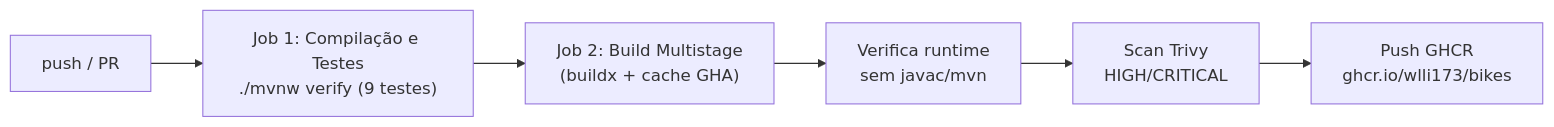
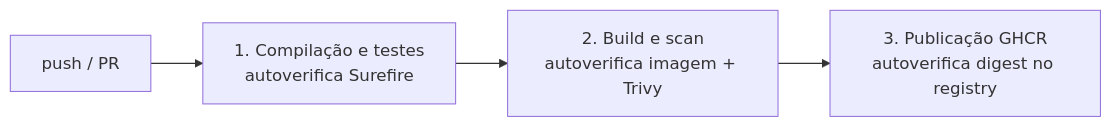
Before and after one commit to wlli173/bikes: the second of 2 diagrams in README.md, drawn with Mermaid. The commit also changed other lines of this file and 1 other file, not shown here.

````diff
--- a/README.md
+++ b/README.md
@@ -196,8 +196,6 @@
 ```mermaid
 flowchart LR
-    A[push / PR] --> B["Job 1: Compilação e Testes<br/>./mvnw verify (9 testes)"]
-    B --> C["Job 2: Build Multistage<br/>(buildx + cache GHA)"]
-    C --> D[Verifica runtime<br/>sem javac/mvn]
-    D --> E[Scan Trivy<br/>HIGH/CRITICAL]
-    E --> F["Push GHCR<br/>ghcr.io/wlli173/bikes"]
+    A[push / PR] --> T["1. Compilação e testes<br/>autoverifica Surefire"]
+    T --> B["2. Build e scan<br/>autoverifica imagem + Trivy"]
+    B --> P["3. Publicação GHCR<br/>autoverifica digest no registry"]
 ```
````
